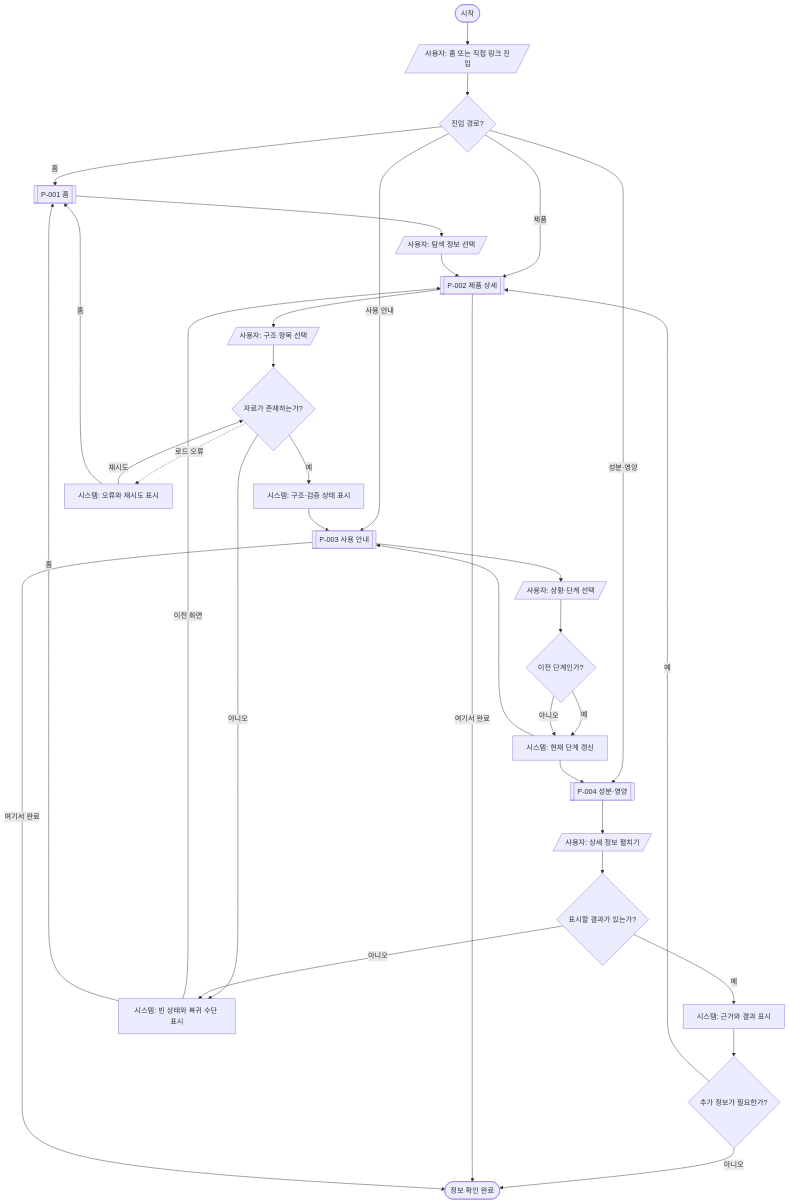
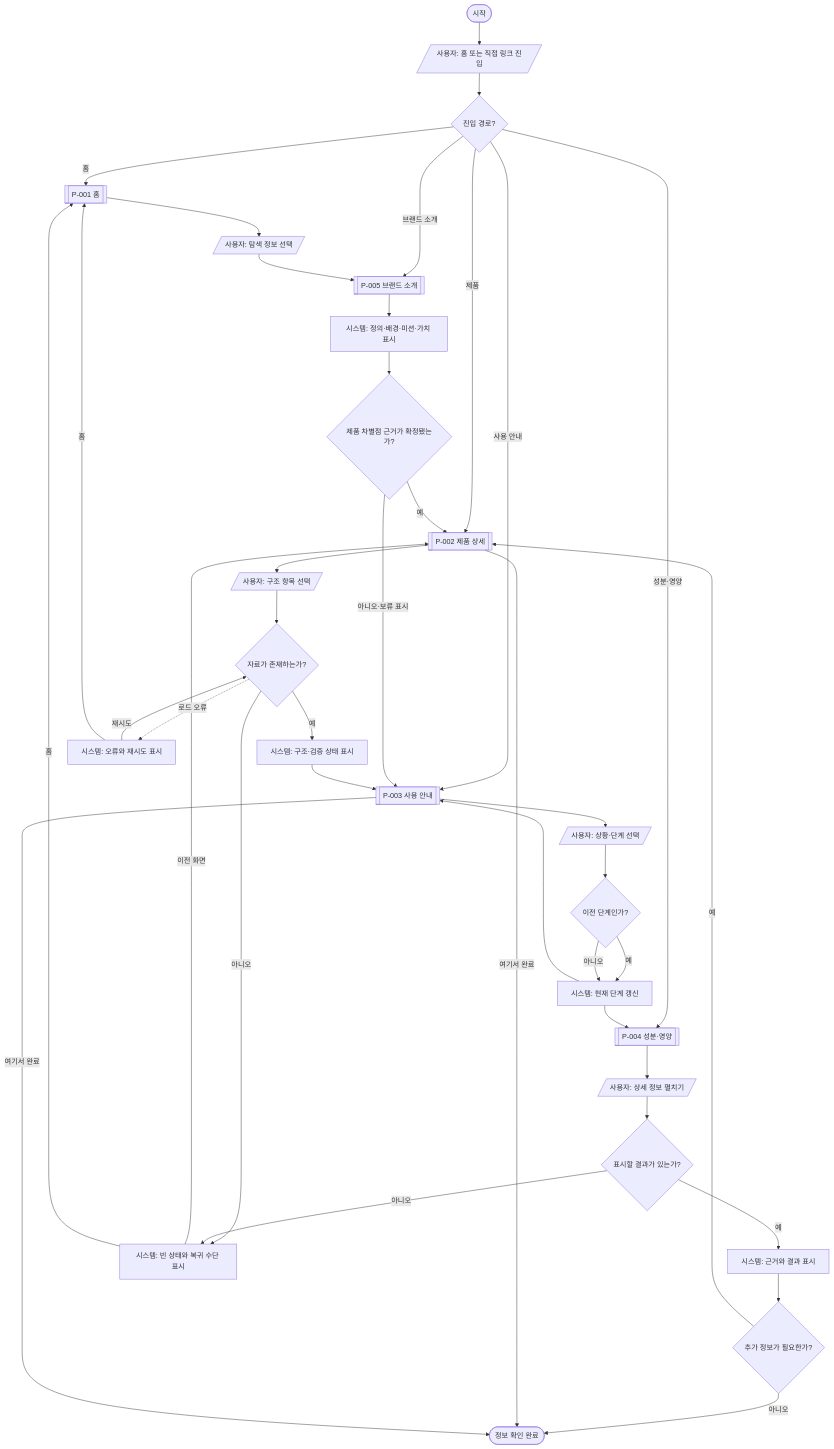
The diagram in kje/UIUXA/WIREFRAME/설계 출력물/서비스 흐름도/서비스_흐름도.mmd (marthakim1-ship-it/Agent), drawn with Mermaid before and after one commit. The commit also changed 18 other files, not shown here.

```diff
--- a/kje/UIUXA/WIREFRAME/설계 출력물/서비스 흐름도/서비스_흐름도.mmd
+++ b/kje/UIUXA/WIREFRAME/설계 출력물/서비스 흐름도/서비스_흐름도.mmd
@@ -1,47 +1,54 @@
 flowchart TD
     START(["시작"])
     ENTER[/"사용자: 홈 또는 직접 링크 진입"/]
     ROUTE{"진입 경로?"}
     HOME[["P-001 홈"]]
     CHOOSE[/"사용자: 탐색 정보 선택"/]
     DETAIL[["P-002 제품 상세"]]
     PICK[/"사용자: 구조 항목 선택"/]
     LOAD{"자료가 존재하는가?"}
     SHOW["시스템: 구조·검증 상태 표시"]
     GUIDE[["P-003 사용 안내"]]
     STEP[/"사용자: 상황·단계 선택"/]
     PREV{"이전 단계인가?"}
     UPDATE["시스템: 현재 단계 갱신"]
     TRUST[["P-004 성분·영양"]]
+    BRAND[["P-005 브랜드 소개"]]
+    READ["시스템: 정의·배경·미션·가치 표시"]
+    VERIFY{"제품 차별점 근거가 확정됐는가?"}
     OPEN[/"사용자: 상세 정보 펼치기"/]
     EMPTY{"표시할 결과가 있는가?"}
     RESULT["시스템: 근거와 결과 표시"]
     EMPTY_STATE["시스템: 빈 상태와 복귀 수단 표시"]
     ERROR_STATE["시스템: 오류와 재시도 표시"]
     MORE{"추가 정보가 필요한가?"}
     END(["정보 확인 완료"])
 
     START --> ENTER --> ROUTE
     ROUTE -->|홈| HOME
     ROUTE -->|제품| DETAIL
     ROUTE -->|사용 안내| GUIDE
     ROUTE -->|성분·영양| TRUST
-    HOME --> CHOOSE --> DETAIL
+    ROUTE -->|브랜드 소개| BRAND
+    HOME --> CHOOSE --> BRAND
+    BRAND --> READ --> VERIFY
+    VERIFY -->|예| DETAIL
+    VERIFY -->|아니오·보류 표시| GUIDE
     DETAIL --> PICK --> LOAD
     LOAD -->|예| SHOW --> GUIDE
     LOAD -->|아니오| EMPTY_STATE
     LOAD -. "로드 오류" .-> ERROR_STATE
     GUIDE --> STEP --> PREV
     PREV -->|예| UPDATE --> GUIDE
     PREV -->|아니오| UPDATE --> TRUST
     TRUST --> OPEN --> EMPTY
     EMPTY -->|예| RESULT --> MORE
     EMPTY -->|아니오| EMPTY_STATE
     EMPTY_STATE -->|이전 화면| DETAIL
     EMPTY_STATE -->|홈| HOME
     ERROR_STATE -->|재시도| LOAD
     ERROR_STATE -->|홈| HOME
     MORE -->|예| DETAIL
     MORE -->|아니오| END
     DETAIL -->|여기서 완료| END
     GUIDE -->|여기서 완료| END
```
